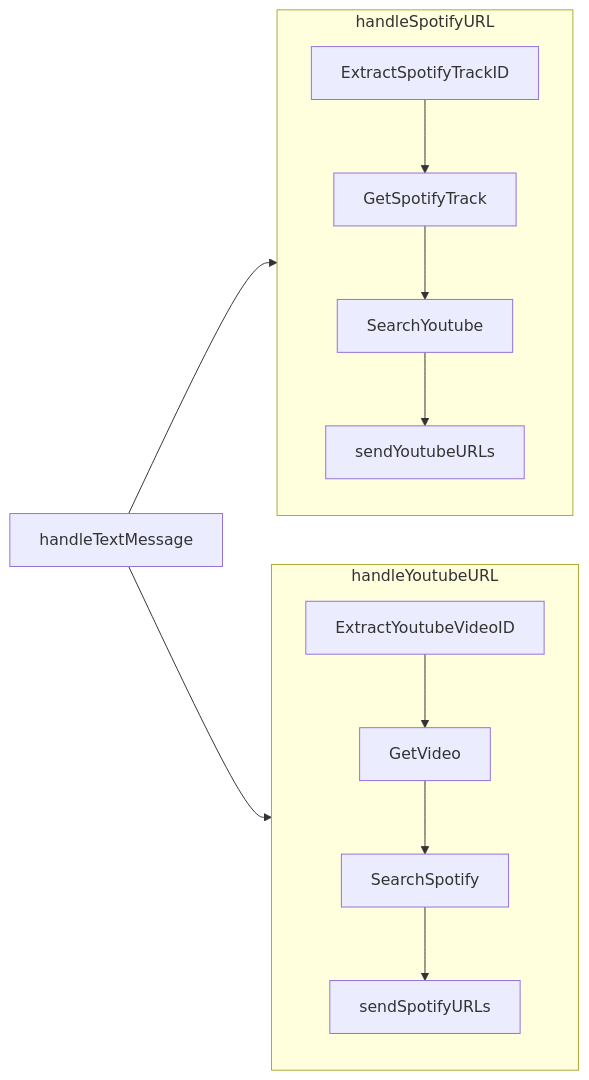
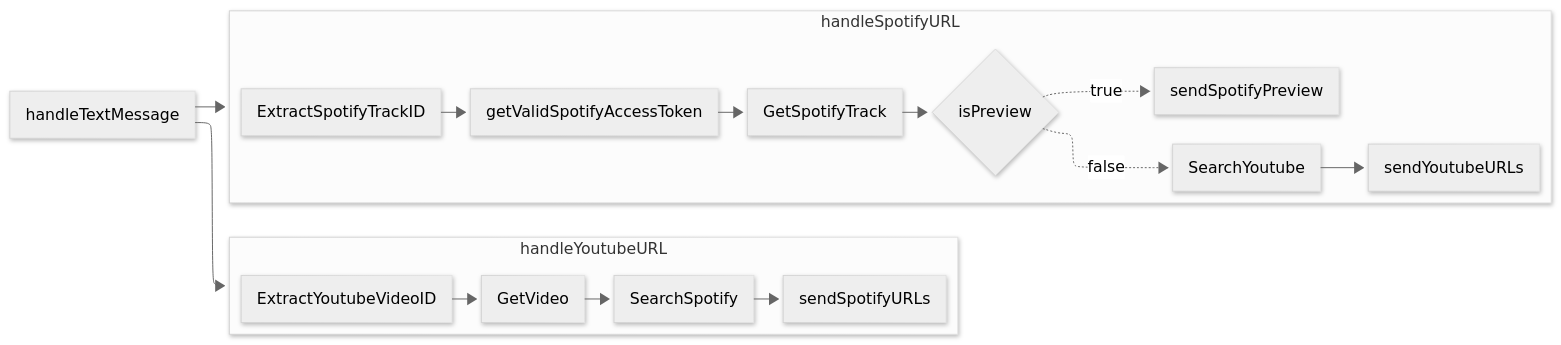
One commit to 100nandoo/gobot changed the diagram in docs/spotifytube.md. Above: the diagram before and after it, drawn with Mermaid. The commit also changed 2 other files, not shown here.

Commit message:
docs(index.md): remove `remoteok.md` update spotifytube flow chart

````diff
--- a/docs/spotifytube.md
+++ b/docs/spotifytube.md
@@ -3,27 +3,35 @@
 ```mermaid
-graph LR
-    A --> S
-    A --> Y
-    subgraph Y[handleYoutubeURL]
-        Ey --> V
-        V --> Ss
-        Ss --> Ssu
-    end
+---
+config:
+  look: neo
+  theme: neutral
+  layout: elk
+---
+flowchart LR
+ subgraph Y["handleYoutubeURL"]
+        V["GetVideo"]
+        Ey["ExtractYoutubeVideoID"]
+        Ss["SearchSpotify"]
+        Ssu["sendSpotifyURLs"]
+  end
+ subgraph S["handleSpotifyURL"]
+        P["sendSpotifyPreview"]
+        iP{"isPreview"}
+        G["getValidSpotifyAccessToken"]
+        E["ExtractSpotifyTrackID"]
+        T["GetSpotifyTrack"]
+        SY["SearchYoutube"]
+        Syu["sendYoutubeURLs"]
+  end
+    A["handleTextMessage"] --> S & Y
+    Ey --> V
+    V --> Ss
+    Ss --> Ssu
+    E --> G
+    G --> T
+    T --> iP
+    iP -. false .-> SY
+    iP -. true .-> P
+    SY --> Syu
 
-    subgraph S[handleSpotifyURL]
-        E --> T
-        T --> SY
-        SY --> Syu
-    end
-
-    A[handleTextMessage]
-    E[ExtractSpotifyTrackID]
-    T[GetSpotifyTrack]
-    SY[SearchYoutube]
-    Syu[sendYoutubeURLs]
-
-    Ey[ExtractYoutubeVideoID]
-    V[GetVideo]
-    Ss[SearchSpotify]
-    Ssu[sendSpotifyURLs]
 ```
````
